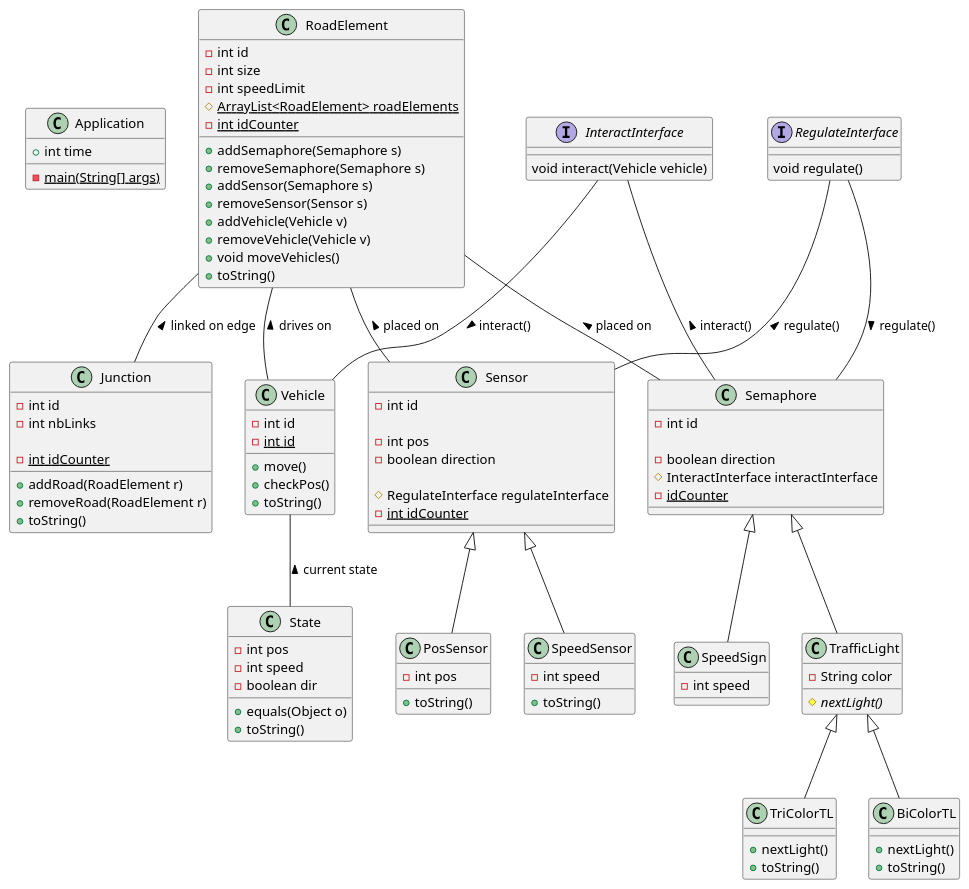
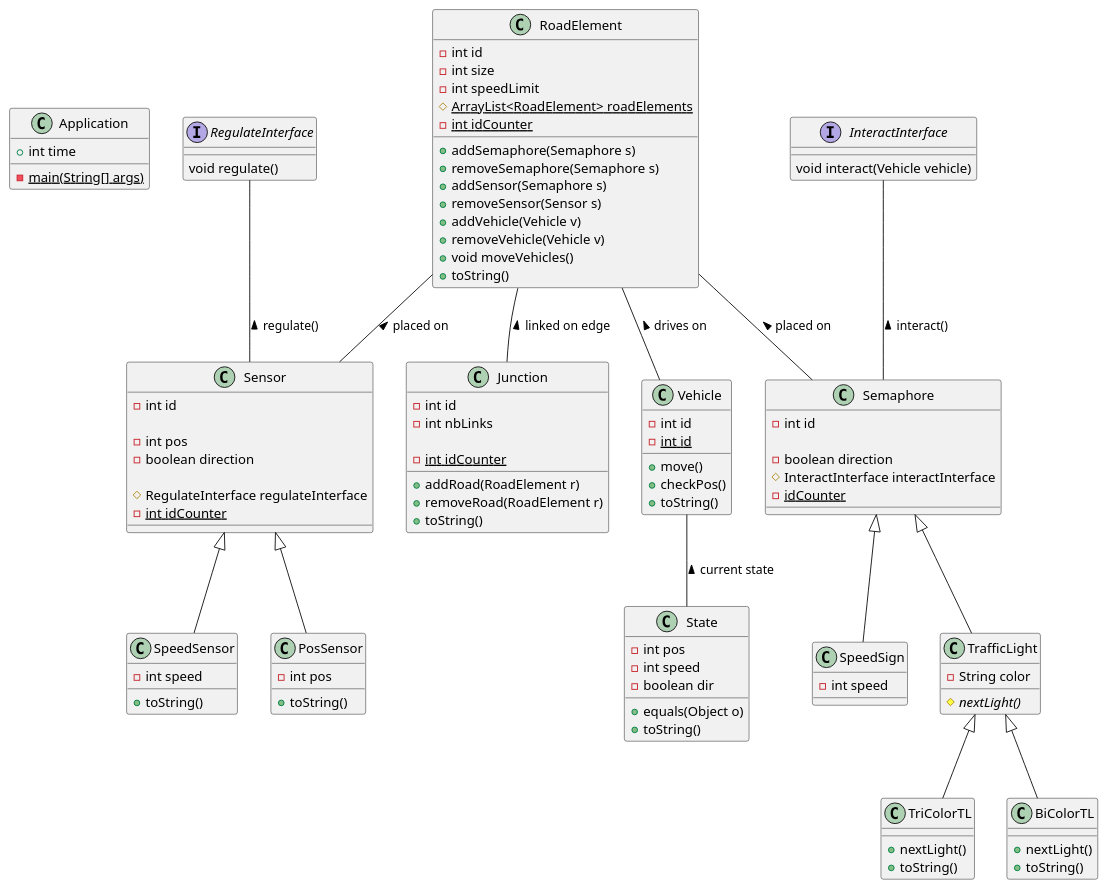
The diagram in UMLRendu.puml (PedroEVHV/Simulation_reseau_routier), drawn with PlantUML before and after one commit. The commit also changed 1 other file, not shown here.

```diff
--- a/UMLRendu.puml
+++ b/UMLRendu.puml
@@ -1,135 +1,135 @@
 @startuml
 
 
 
 
 class Application {
     + int time
     - {static} main(String[] args)
 }
 
 class RoadElement {
     - int id
     - int size
     - int speedLimit
     # {static} ArrayList<RoadElement> roadElements
     - {static} int idCounter
 
     + addSemaphore(Semaphore s)
     + removeSemaphore(Semaphore s)
     + addSensor(Semaphore s)
     + removeSensor(Sensor s)
     + addVehicle(Vehicle v)
     + removeVehicle(Vehicle v)
     + void moveVehicles()
     + toString()
 }
 
 class Junction {
     - int id
     - int nbLinks
 
     - {static} int idCounter
 
     + addRoad(RoadElement r)
     + removeRoad(RoadElement r)
     + toString()
 }
 
 class Semaphore {
     - int id
 
     - boolean direction
     # InteractInterface interactInterface
     - {static} idCounter
 
 }
 
 class TrafficLight {
     - String color
     # {abstract} nextLight()
 }
 
 class TriColorTL {
     + nextLight()
     + toString()
 }
 
 class BiColorTL {
     + nextLight()
     + toString()
 }
 
 class SpeedSign {
     - int speed
 }
 
 class Sensor {
     - int id
 
     - int pos
     - boolean direction
 
     # RegulateInterface regulateInterface
     - {static} int idCounter
 }
 
 class SpeedSensor {
     - int speed
     + toString()
 }
 
 class PosSensor {
     - int pos
     + toString()
 }
 
 class Vehicle {
     - int id
     - {static} int id
 
     + move()
     + checkPos()
     + toString()
 }
 interface RegulateInterface {
     void regulate()
 }
 
 interface InteractInterface {
     void interact(Vehicle vehicle)
 }
 class State {
     - int pos
     - int speed
     - boolean dir
 
     + equals(Object o)
     +toString()
 }
 
 
 Semaphore <|-- TrafficLight
 Semaphore <|-- SpeedSign
 Sensor <|-- SpeedSensor
 Sensor <|-- PosSensor
 TrafficLight <|-- TriColorTL
 TrafficLight <|-- BiColorTL
 
 RoadElement -- Sensor : placed on <
 RoadElement -- Semaphore : placed on <
 RoadElement -- Vehicle : drives on <
 RoadElement -- Junction : linked on edge <
 Vehicle -- State : current state <
 
 
 InteractInterface -- Semaphore : interact() <
-InteractInterface -- Vehicle : interact() >
+
 RegulateInterface -- Sensor : regulate() <
-RegulateInterface -- Semaphore : regulate() >
+
 
 
 
 
 
 @enduml
```
